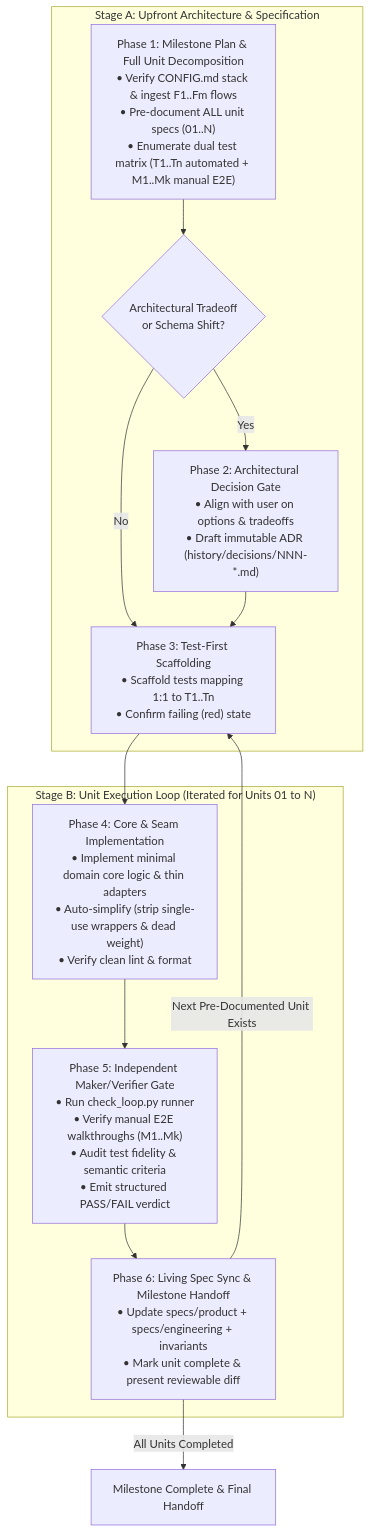
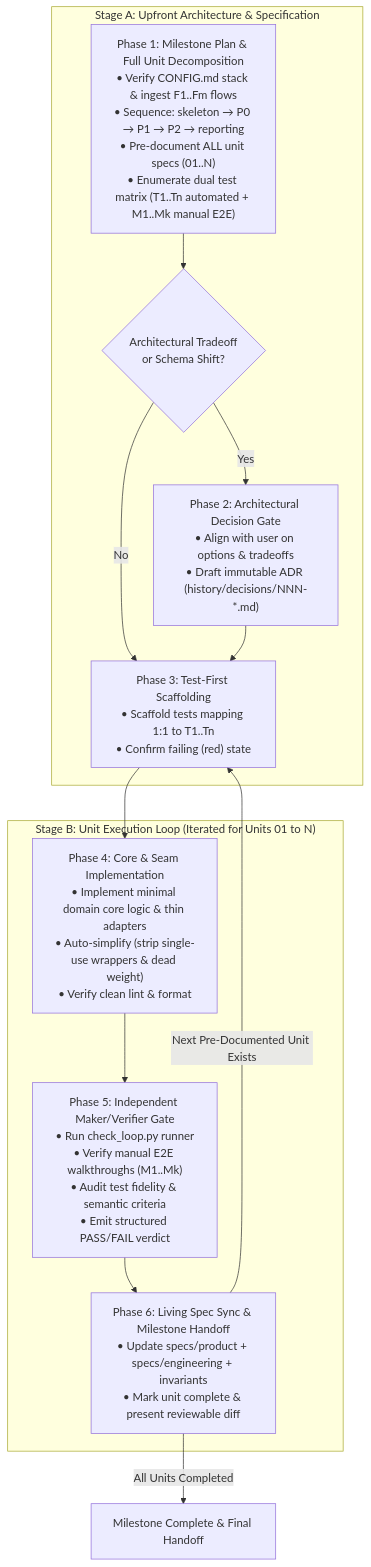
The diagram in product-loop-engineering/SKILL.md (yoyothesheep/claude-skills), drawn with Mermaid before and after one commit. The commit also changed other lines of this file and 9 other files, not shown here.

````diff
--- a/product-loop-engineering/SKILL.md
+++ b/product-loop-engineering/SKILL.md
@@ -63,41 +67,42 @@
 ```mermaid
 flowchart TD
     subgraph StageA["Stage A: Upfront Architecture & Specification"]
         P1["Phase 1: Milestone Plan & Full Unit Decomposition
 • Verify CONFIG.md stack & ingest F1..Fm flows
+• Sequence: skeleton → P0 → P1 → P2 → reporting
 • Pre-document ALL unit specs (01..N)
 • Enumerate dual test matrix (T1..Tn automated + M1..Mk manual E2E)"]
         P2{"Architectural Tradeoff
 or Schema Shift?"}
         P3["Phase 2: Architectural Decision Gate
 • Align with user on options & tradeoffs
 • Draft immutable ADR (history/decisions/NNN-*.md)"]
         P1 --> P2
         P2 -- Yes --> P3
         P2 -- No --> P4
         P3 --> P4
     end
 
     subgraph StageB["Stage B: Unit Execution Loop (Iterated for Units 01 to N)"]
         P4["Phase 3: Test-First Scaffolding
 • Scaffold tests mapping 1:1 to T1..Tn
 • Confirm failing (red) state"]
         P5["Phase 4: Core & Seam Implementation
 • Implement minimal domain core logic & thin adapters
 • Auto-simplify (strip single-use wrappers & dead weight)
 • Verify clean lint & format"]
         P6["Phase 5: Independent Maker/Verifier Gate
 • Run check_loop.py runner
 • Verify manual E2E walkthroughs (M1..Mk)
 • Audit test fidelity & semantic criteria
 • Emit structured PASS/FAIL verdict"]
         P7["Phase 6: Living Spec Sync & Milestone Handoff
 • Update specs/product + specs/engineering + invariants
 • Mark unit complete & present reviewable diff"]
 
         P4 --> P5 --> P6 --> P7
     end
 
     P7 -->|Next Pre-Documented Unit Exists| P4
     P7 -->|All Units Completed| Done["Milestone Complete & Final Handoff"]
 ```
````
